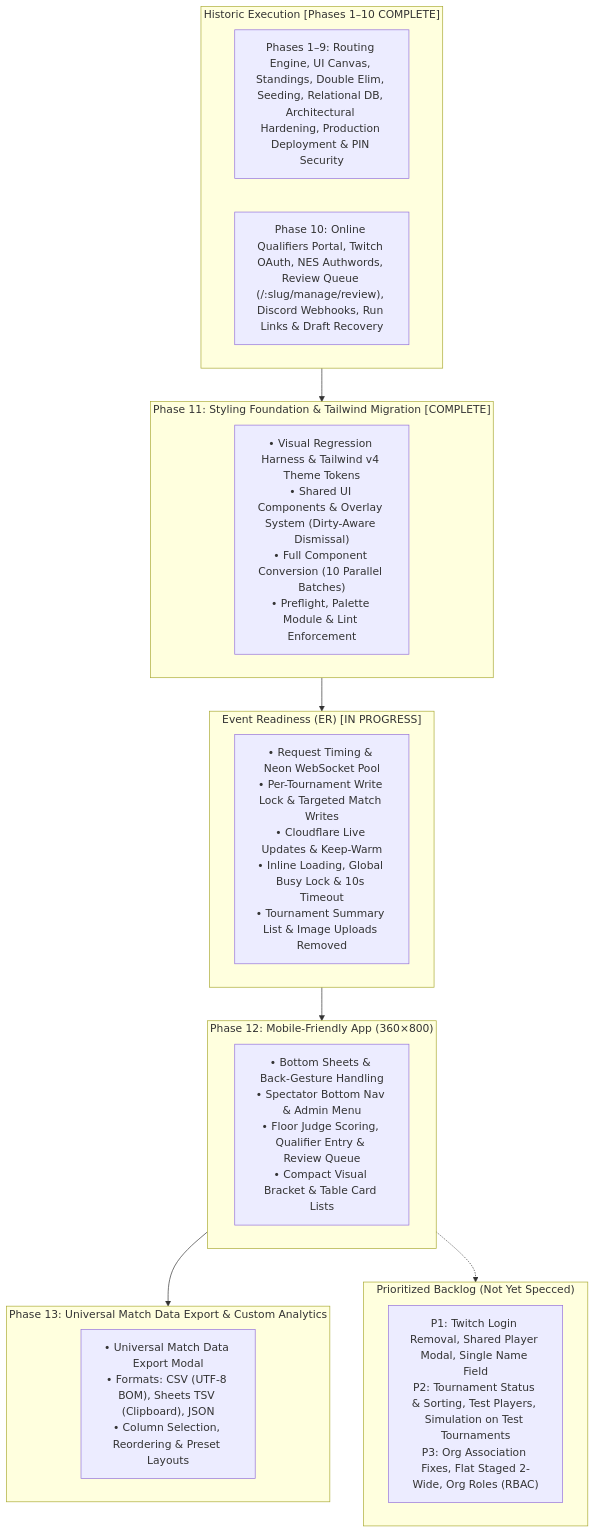
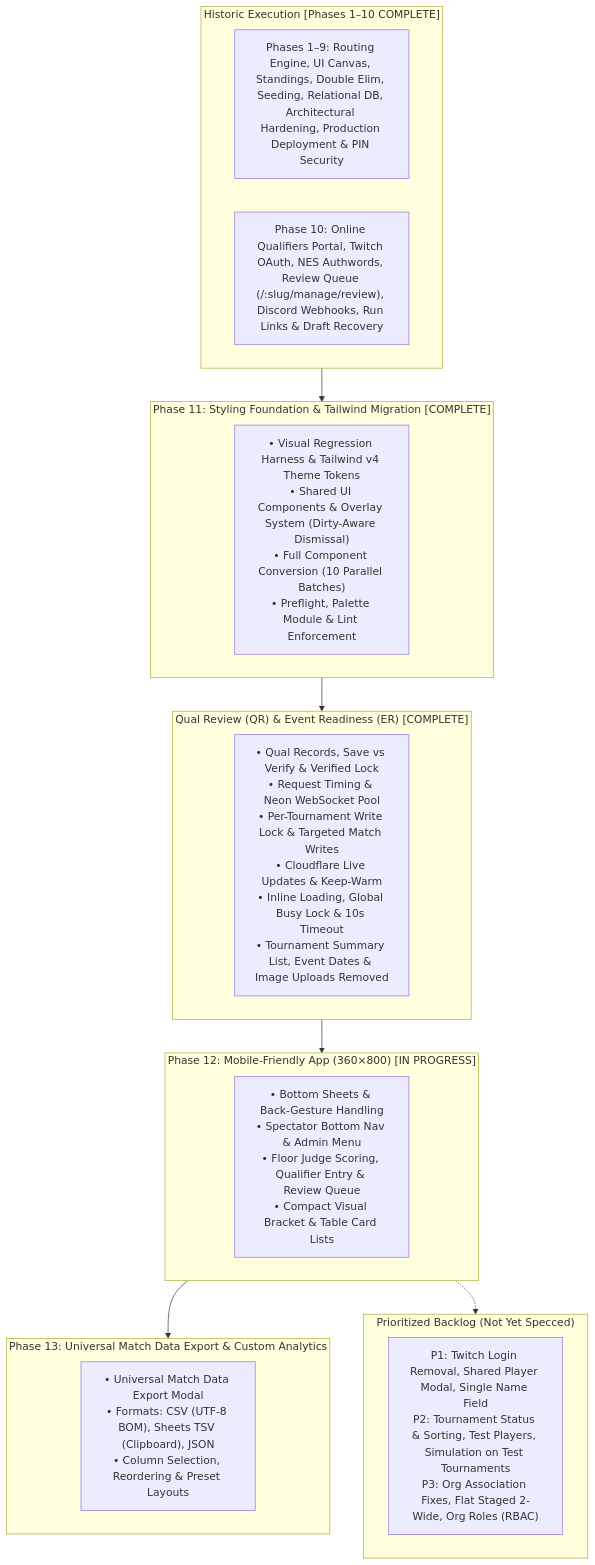
Before and after one commit to jgrondski/matchfoundry: the diagram in docs/implementation_plan.md, drawn with Mermaid. The commit also changed other lines of this file and 72 other files, not shown here.

````diff
--- a/docs/implementation_plan.md
+++ b/docs/implementation_plan.md
@@ -130,30 +131,30 @@
 ```mermaid
 flowchart TD
     subgraph Historic["Historic Execution [Phases 1–10 COMPLETE]"]
         H1["Phases 1–9: Routing Engine, UI Canvas, Standings, Double Elim, Seeding, Relational DB, Architectural Hardening, Production Deployment & PIN Security"]
         H2["Phase 10: Online Qualifiers Portal, Twitch OAuth, NES Authwords, Review Queue (/:slug/manage/review), Discord Webhooks, Run Links & Draft Recovery"]
     end
 
     subgraph Phase11["Phase 11: Styling Foundation & Tailwind Migration [COMPLETE]"]
         P11["• Visual Regression Harness & Tailwind v4 Theme Tokens<br>• Shared UI Components & Overlay System (Dirty-Aware Dismissal)<br>• Full Component Conversion (10 Parallel Batches)<br>• Preflight, Palette Module & Lint Enforcement"]
     end
 
-    subgraph ER["Event Readiness (ER) [IN PROGRESS]"]
-        PER["• Request Timing & Neon WebSocket Pool<br>• Per-Tournament Write Lock & Targeted Match Writes<br>• Cloudflare Live Updates & Keep-Warm<br>• Inline Loading, Global Busy Lock & 10s Timeout<br>• Tournament Summary List & Image Uploads Removed"]
+    subgraph ER["Qual Review (QR) & Event Readiness (ER) [COMPLETE]"]
+        PER["• Qual Records, Save vs Verify & Verified Lock<br>• Request Timing & Neon WebSocket Pool<br>• Per-Tournament Write Lock & Targeted Match Writes<br>• Cloudflare Live Updates & Keep-Warm<br>• Inline Loading, Global Busy Lock & 10s Timeout<br>• Tournament Summary List, Event Dates & Image Uploads Removed"]
     end
 
-    subgraph Phase12["Phase 12: Mobile-Friendly App (360×800)"]
+    subgraph Phase12["Phase 12: Mobile-Friendly App (360×800) [IN PROGRESS]"]
         P12["• Bottom Sheets & Back-Gesture Handling<br>• Spectator Bottom Nav & Admin Menu<br>• Floor Judge Scoring, Qualifier Entry & Review Queue<br>• Compact Visual Bracket & Table Card Lists"]
     end
 
     subgraph Phase13["Phase 13: Universal Match Data Export & Custom Analytics"]
         P13["• Universal Match Data Export Modal<br>• Formats: CSV (UTF-8 BOM), Sheets TSV (Clipboard), JSON<br>• Column Selection, Reordering & Preset Layouts"]
     end
 
     subgraph Backlog["Prioritized Backlog (Not Yet Specced)"]
         B1["P1: Twitch Login Removal, Shared Player Modal, Single Name Field<br>P2: Tournament Status & Sorting, Test Players, Simulation on Test Tournaments<br>P3: Org Association Fixes, Flat Staged 2-Wide, Org Roles (RBAC)"]
     end
 
     Historic --> Phase11 --> ER --> Phase12 --> Phase13
     Phase12 -.-> Backlog
 ```
````
